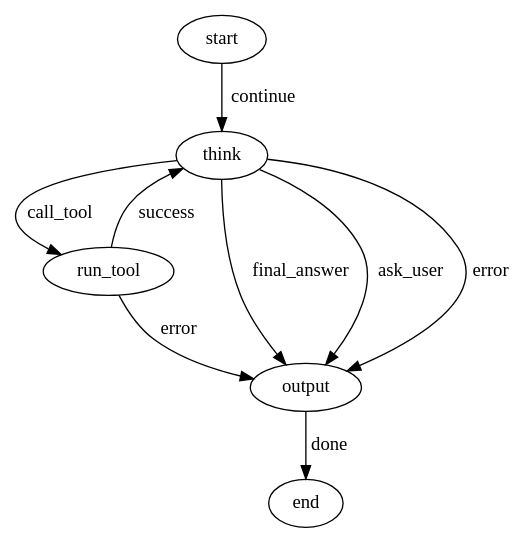
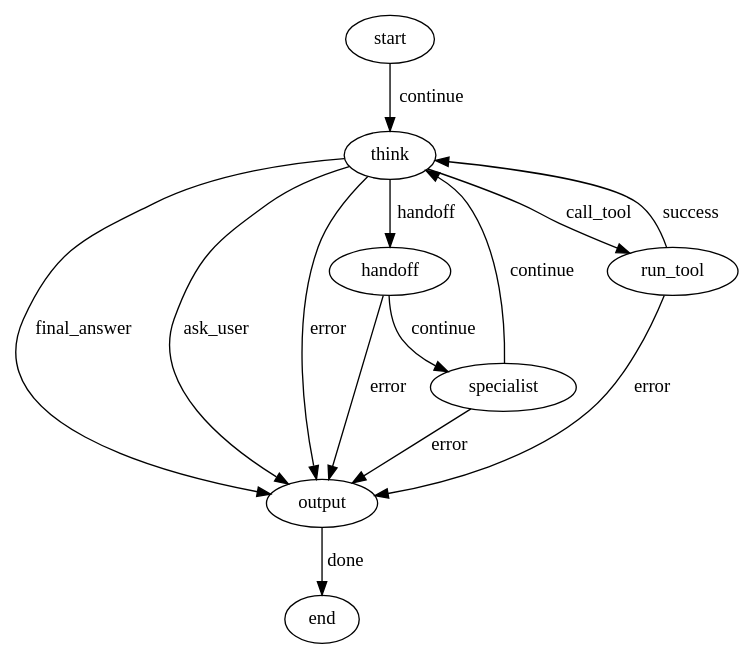
Before and after one commit to petarkabashki/pocketcode: the diagram in pocketcode/plugins/core/workflows/single_agent.md, drawn with Graphviz. The commit also changed other lines of this file and 79 other files, not shown here.

````diff
--- a/pocketcode/plugins/core/workflows/single_agent.md
+++ b/pocketcode/plugins/core/workflows/single_agent.md
@@ -20,21 +22,30 @@
 ```dot
 digraph single_agent {
   start [kind="start"];
   think [kind="agent"];
+  handoff [kind="handoff"];
+  specialist [kind="flow" flow="single_agent"];
   run_tool [kind="tool"];
   output [kind="output"];
   end [kind="end"];
 
   start -> think [label="continue"];
 
   think -> run_tool [label="call_tool"];
+  think -> handoff [label="handoff"];
   think -> output [label="final_answer"];
   think -> output [label="ask_user"];
   think -> output [label="error"];
 
   run_tool -> think [label="success"];
   run_tool -> output [label="error"];
 
+  handoff -> specialist [label="continue"];
+  handoff -> output [label="error"];
+
+  specialist -> think [label="continue"];
+  specialist -> output [label="error"];
+
   output -> end [label="done"];
 }
 ```
````
